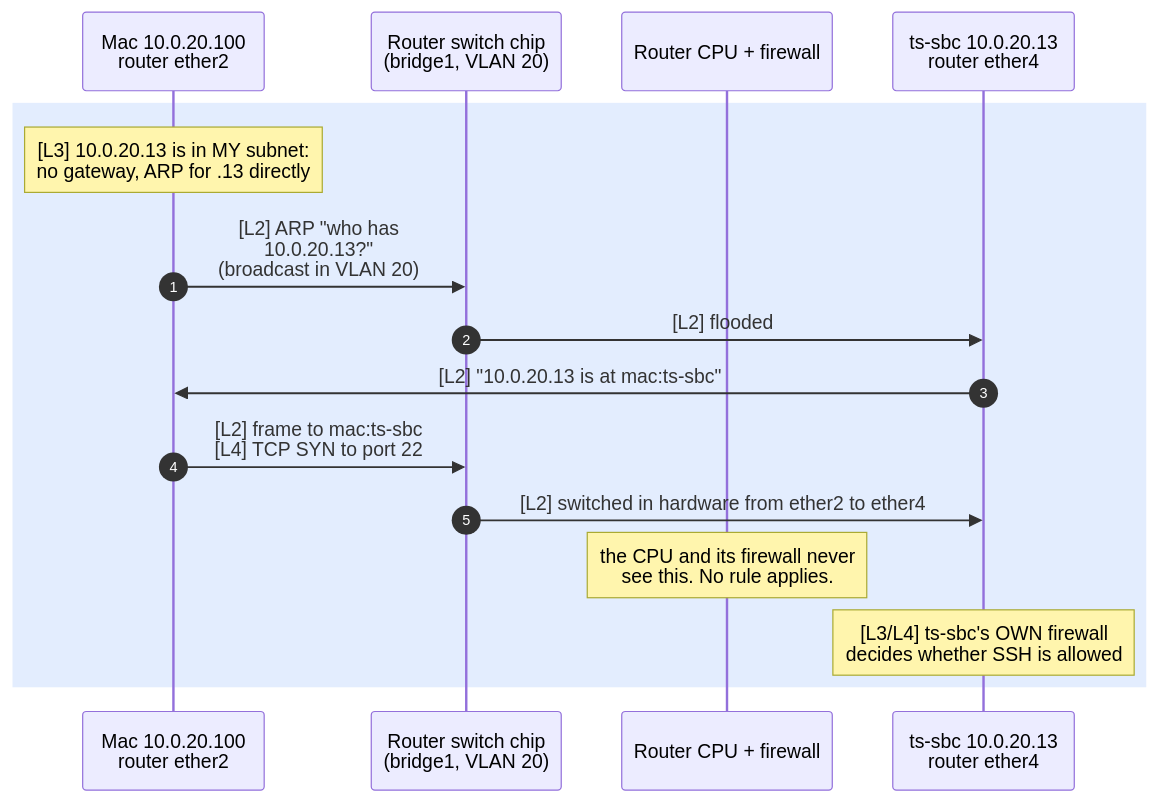
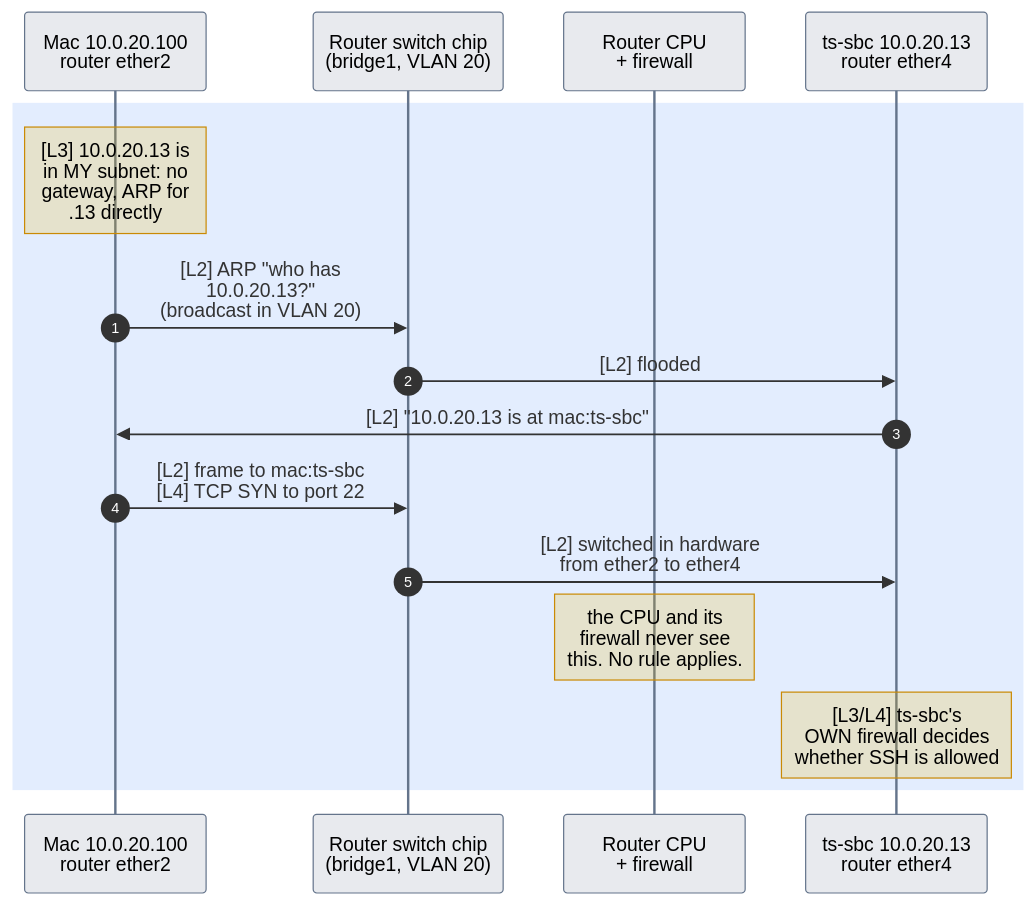
Before and after one commit to mithun3/tech-blog: the fourth of 7 diagrams in content/pages/networking/basics/vlans-and-broadcast-domains.mdx, drawn with Mermaid. The commit also changed other lines of this file and 8 other files, not shown here.

Commit message:
mermaid updates.

````diff
--- a/content/pages/networking/basics/vlans-and-broadcast-domains.mdx
+++ b/content/pages/networking/basics/vlans-and-broadcast-domains.mdx
@@ -133,18 +178,34 @@
 ```mermaid
+---
+config:
+  look: classic
+  fontFamily: "system-ui, -apple-system, Segoe UI, Roboto, Helvetica, Arial, sans-serif"
+  themeCSS: "rect.actor, rect.note { rx: 6px; ry: 6px; }"
+  themeVariables:
+    actorBkg: "#64748b26"
+    actorBorder: "#64748b"
+    actorLineColor: "#64748b"
+    noteBkgColor: "#eab30833"
+    noteBorderColor: "#ca8a04"
+    labelBoxBkgColor: "#64748b33"
+    labelBoxBorderColor: "#64748b"
+    activationBkgColor: "#64748b40"
+    activationBorderColor: "#64748b"
+---
 sequenceDiagram
     autonumber
     participant Mac as Mac 10.0.20.100<br/>router ether2
     participant SC as Router switch chip<br/>(bridge1, VLAN 20)
-    participant CPU as Router CPU + firewall
+    participant CPU as Router CPU<br/>+ firewall
     participant T as ts-sbc 10.0.20.13<br/>router ether4
     rect rgba(59, 130, 246, 0.14)
-    Note over Mac: [L3] 10.0.20.13 is in MY subnet:<br/>no gateway, ARP for .13 directly
+    Note over Mac: [L3] 10.0.20.13 is<br/>in MY subnet: no<br/>gateway, ARP for<br/>.13 directly
     Mac->>SC: [L2] ARP "who has<br/>10.0.20.13?"<br/>(broadcast in VLAN 20)
     SC->>T: [L2] flooded
     T->>Mac: [L2] "10.0.20.13 is at mac:ts-sbc"
     Mac->>SC: [L2] frame to mac:ts-sbc<br/>[L4] TCP SYN to port 22
-    SC->>T: [L2] switched in hardware from ether2 to ether4
-    Note over CPU: the CPU and its firewall never<br/>see this. No rule applies.
-    Note over T: [L3/L4] ts-sbc's OWN firewall<br/>decides whether SSH is allowed
+    SC->>T: [L2] switched in hardware<br/>from ether2 to ether4
+    Note over CPU: the CPU and its<br/>firewall never see<br/>this. No rule applies.
+    Note over T: [L3/L4] ts-sbc's<br/>OWN firewall decides<br/>whether SSH is allowed
     end
 ```
````
